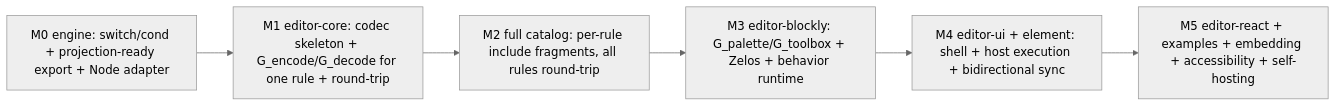
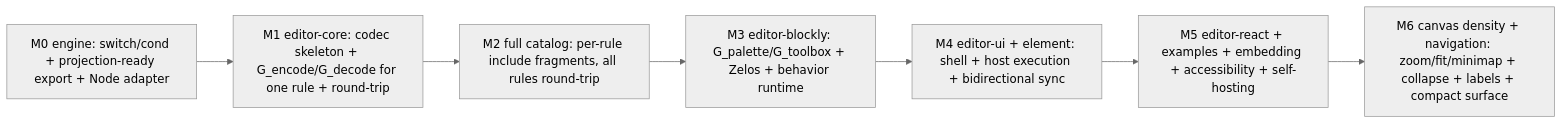
Before and after one commit to transon-org/transon-blockly: the diagram in docs/ROADMAP.md, drawn with Mermaid (neutral theme). The commit also changed other lines of this file and 6 other files, not shown here.

````diff
--- a/docs/ROADMAP.md
+++ b/docs/ROADMAP.md
@@ -113,9 +119,10 @@
 ```mermaid
 flowchart LR
     M0["M0 engine: switch/cond + projection-ready export + Node adapter"] --> M1
     M1["M1 editor-core: codec skeleton + G_encode/G_decode for one rule + round-trip"] --> M2
     M2["M2 full catalog: per-rule include fragments, all rules round-trip"] --> M3
     M3["M3 editor-blockly: G_palette/G_toolbox + Zelos + behavior runtime"] --> M4
     M4["M4 editor-ui + element: shell + host execution + bidirectional sync"] --> M5
-    M5["M5 editor-react + examples + embedding + accessibility + self-hosting"]
+    M5["M5 editor-react + examples + embedding + accessibility + self-hosting"] --> M6
+    M6["M6 canvas density + navigation: zoom/fit/minimap + collapse + labels + compact surface"]
 ```
````
